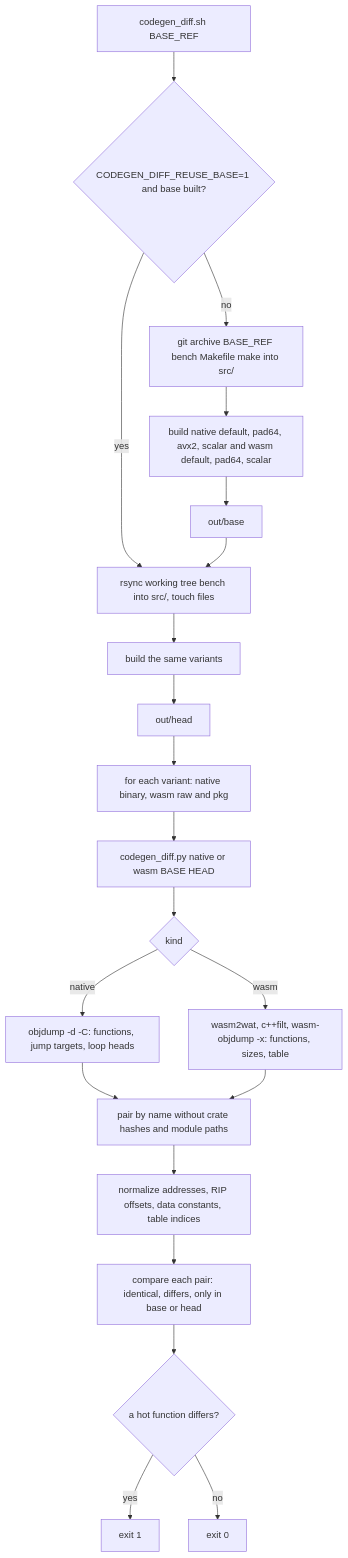
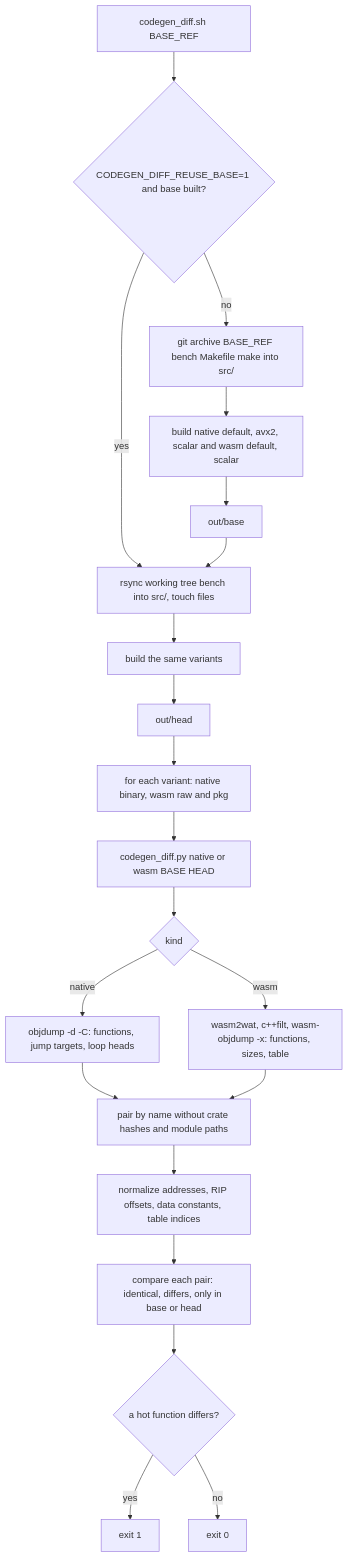
Before and after one commit to DavidCCoimbra/Scalability-of-Parallel-Code-in-WebAssembly-in-the-Browser-vs-Native: the diagram in scripts/README.md, drawn with Mermaid. The commit also changed 13 other files, not shown here.

````diff
--- a/scripts/README.md
+++ b/scripts/README.md
@@ -24,23 +24,23 @@
 ```mermaid
 flowchart TD
     start[codegen_diff.sh BASE_REF] --> reuse{CODEGEN_DIFF_REUSE_BASE=1 and base built?}
     reuse -->|no| base[git archive BASE_REF bench Makefile make into src/]
-    base --> buildbase[build native default, pad64, avx2, scalar and wasm default, pad64, scalar]
+    base --> buildbase[build native default, avx2, scalar and wasm default, scalar]
     buildbase --> outbase[out/base]
     reuse -->|yes| head
     outbase --> head[rsync working tree bench into src/, touch files]
     head --> buildhead[build the same variants]
     buildhead --> outhead[out/head]
     outhead --> pairs[for each variant: native binary, wasm raw and pkg]
     pairs --> py[codegen_diff.py native or wasm BASE HEAD]
     py --> parse{kind}
     parse -->|native| objdump[objdump -d -C: functions, jump targets, loop heads]
     parse -->|wasm| wat[wasm2wat, c++filt, wasm-objdump -x: functions, sizes, table]
     objdump --> pair[pair by name without crate hashes and module paths]
     wat --> pair
     pair --> normalize[normalize addresses, RIP offsets, data constants, table indices]
     normalize --> compare[compare each pair: identical, differs, only in base or head]
     compare --> verdict{a hot function differs?}
     verdict -->|yes| fail[exit 1]
     verdict -->|no| ok[exit 0]
 ```
````
